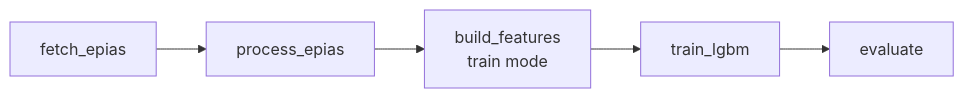
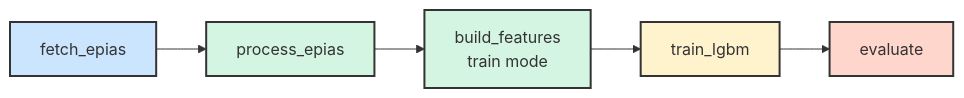
Before and after one commit to Berkeaziz/Teias_PTF_Forecast: the second of 3 diagrams in README.md, drawn with Mermaid. The commit also changed other lines of this file and 1 other file, not shown here.

````diff
--- a/README.md
+++ b/README.md
@@ -303,7 +316,25 @@
 ```mermaid
 flowchart LR
-    fetch_epias[fetch_epias] --> process_epias[process_epias]
-    process_epias --> build_features[build_features<br/>train mode]
-    build_features --> train_lgbm[train_lgbm]
-    train_lgbm --> evaluate[evaluate]
+    fetch_epias[fetch_epias]
+    process_epias[process_epias]
+    build_features[build_features<br/>train mode]
+    train_lgbm[train_lgbm]
+    evaluate[evaluate]
+
+    fetch_epias --> process_epias
+    process_epias --> build_features
+    build_features --> train_lgbm
+    train_lgbm --> evaluate
+
+%% Styles
+classDef ingestion fill:#cce5ff,stroke:#333,stroke-width:2px
+classDef processing fill:#d5f5e3,stroke:#333,stroke-width:2px
+classDef training fill:#fff3cd,stroke:#333,stroke-width:2px
+classDef evaluation fill:#ffd6cc,stroke:#333,stroke-width:2px
+
+class fetch_epias ingestion
+class process_epias processing
+class build_features processing
+class train_lgbm training
+class evaluate evaluation
 ```
````
